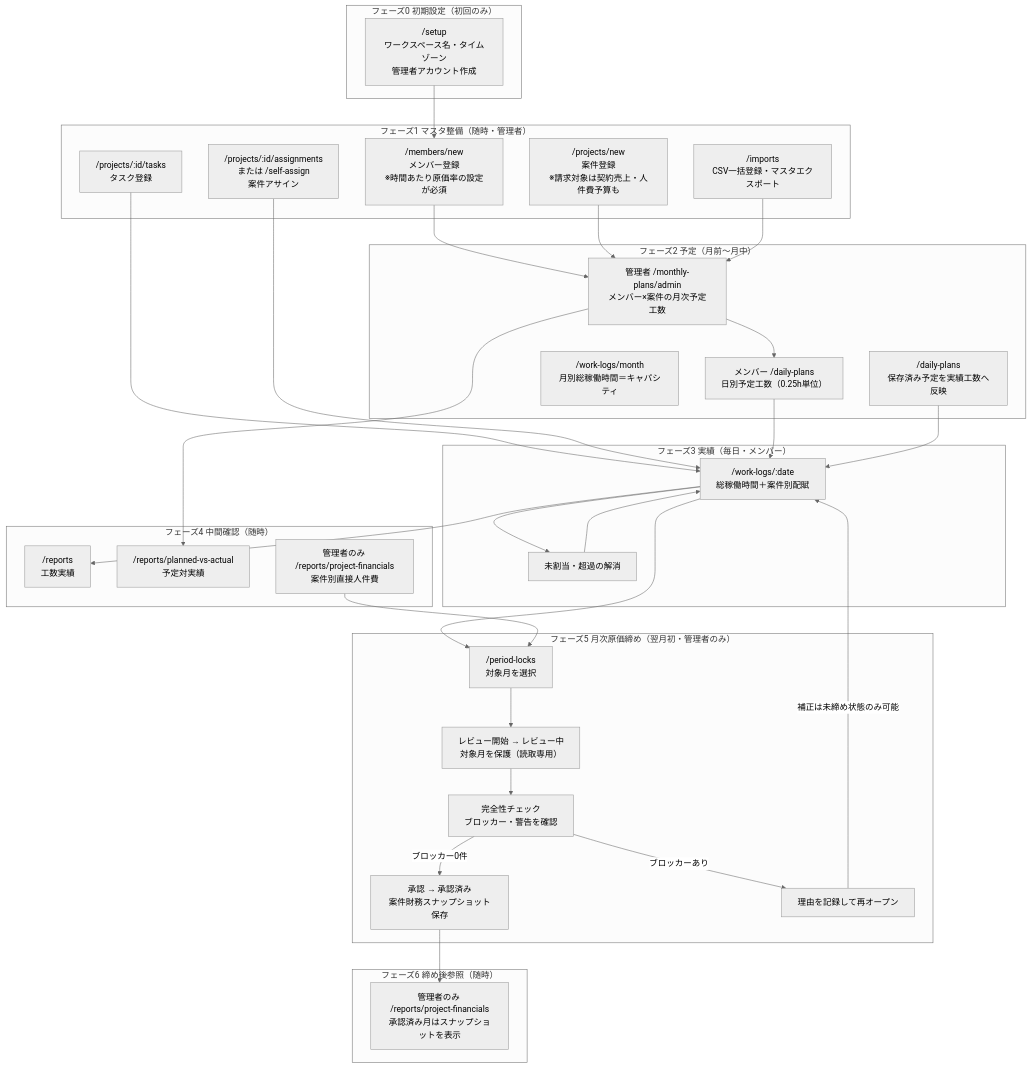
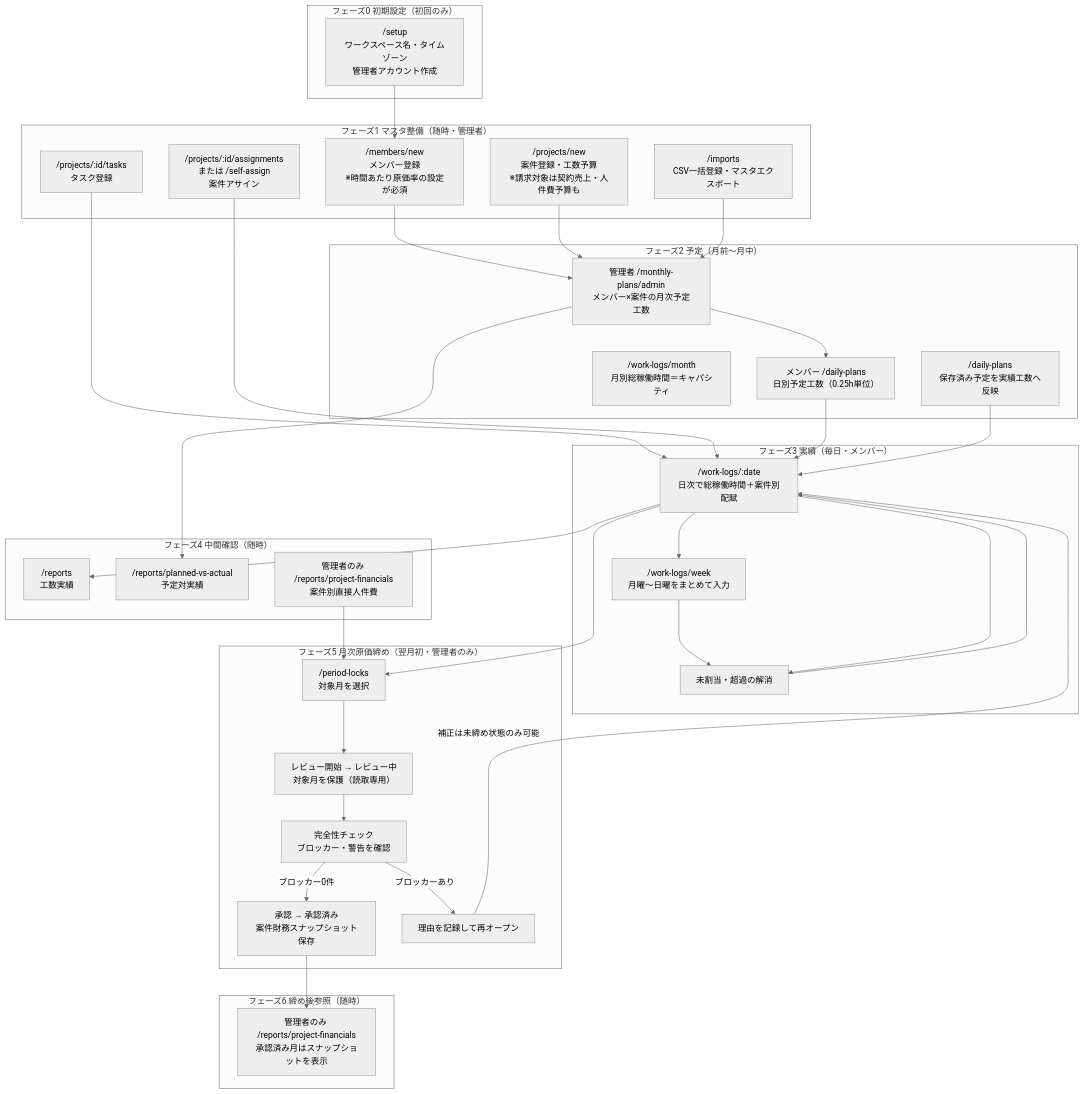
One commit to xkazuchika/kosu changed the first of 2 diagrams in docs/business-flow.md. Above: the diagram before and after it, drawn with Mermaid (neutral theme). The commit also changed other lines of this file and 46 other files, not shown here.

````diff
--- a/docs/business-flow.md
+++ b/docs/business-flow.md
@@ -7,66 +7,69 @@
 ```mermaid
 flowchart TD
     subgraph P0["フェーズ0 初期設定（初回のみ）"]
         S1["/setup<br/>ワークスペース名・タイムゾーン<br/>管理者アカウント作成"]
     end
 
     subgraph P1["フェーズ1 マスタ整備（随時・管理者）"]
         M1["/members/new<br/>メンバー登録<br/>※時間あたり原価率の設定が必須"]
-        M2["/projects/new<br/>案件登録<br/>※請求対象は契約売上・人件費予算も"]
+        M2["/projects/new<br/>案件登録・工数予算<br/>※請求対象は契約売上・人件費予算も"]
         M3["/projects/:id/tasks<br/>タスク登録"]
         M4["/projects/:id/assignments<br/>または /self-assign<br/>案件アサイン"]
         M5["/imports<br/>CSV一括登録・マスタエクスポート"]
     end
 
     subgraph P2["フェーズ2 予定（月前〜月中）"]
         PL1["管理者 /monthly-plans/admin<br/>メンバー×案件の月次予定工数"]
         PL2["メンバー /daily-plans<br/>日別予定工数（0.25h単位）"]
         PL3["/work-logs/month<br/>月別総稼働時間＝キャパシティ"]
         PL4["/daily-plans<br/>保存済み予定を実績工数へ反映"]
     end
 
     subgraph P3["フェーズ3 実績（毎日・メンバー）"]
-        W1["/work-logs/:date<br/>総稼働時間＋案件別配賦"]
+        W1["/work-logs/:date<br/>日次で総稼働時間＋案件別配賦"]
+        W3["/work-logs/week<br/>月曜〜日曜をまとめて入力"]
         W2["未割当・超過の解消"]
     end
 
     subgraph P4["フェーズ4 中間確認（随時）"]
         R1["/reports<br/>工数実績"]
         R2["/reports/planned-vs-actual<br/>予定対実績"]
         R3["管理者のみ /reports/project-financials<br/>案件別直接人件費"]
     end
 
     subgraph P5["フェーズ5 月次原価締め（翌月初・管理者のみ）"]
         C1["/period-locks<br/>対象月を選択"]
         C2["レビュー開始 → レビュー中<br/>対象月を保護（読取専用）"]
         C3["完全性チェック<br/>ブロッカー・警告を確認"]
         C4["承認 → 承認済み<br/>案件財務スナップショット保存"]
         C5["理由を記録して再オープン"]
     end
 
     subgraph P6["フェーズ6 締め後参照（随時）"]
         A1["管理者のみ /reports/project-financials<br/>承認済み月はスナップショットを表示"]
     end
 
     S1 --> M1
     M1 --> PL1
     M2 --> PL1
     M3 --> W1
     M4 --> W1
     M5 --> PL1
     PL1 --> PL2
     PL2 --> W1
     PL4 --> W1
+    W1 --> W3
+    W3 --> W2
     W1 --> W2
     W2 --> W1
     PL1 --> R2
     W1 --> R1
     W1 --> C1
     R3 --> C1
     C1 --> C2
     C2 --> C3
     C3 -->|"ブロッカーあり"| C5
     C5 -->|"補正は未締め状態のみ可能"| W1
     C3 -->|"ブロッカー0件"| C4
     C4 --> A1
 ```
````
